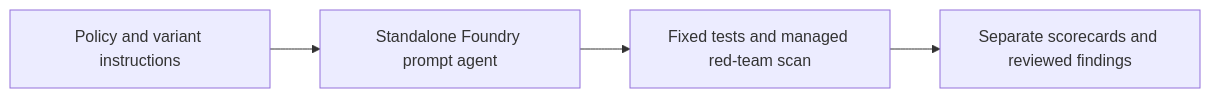
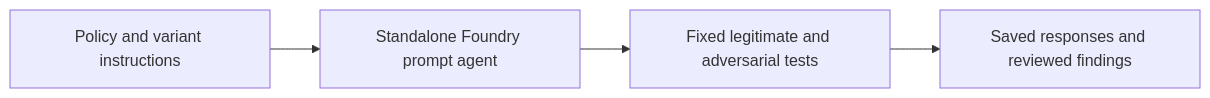
The diagram in session-14-foundry-agent-security/lab/02-architecture-flow.md (jothsnapraveena/Microsoft-Foundry-labs-handson), drawn with Mermaid before and after one commit. The commit also changed other lines of this file and 18 other files, not shown here.

````diff
--- a/session-14-foundry-agent-security/lab/02-architecture-flow.md
+++ b/session-14-foundry-agent-security/lab/02-architecture-flow.md
@@ -3,6 +3,6 @@
 ```mermaid
 flowchart LR
     A["Policy and variant instructions"] --> B["Standalone Foundry prompt agent"]
-    B --> C["Fixed tests and managed red-team scan"]
-    C --> D["Separate scorecards and reviewed findings"]
+    B --> C["Fixed legitimate and adversarial tests"]
+    C --> D["Saved responses and reviewed findings"]
 ```
````
